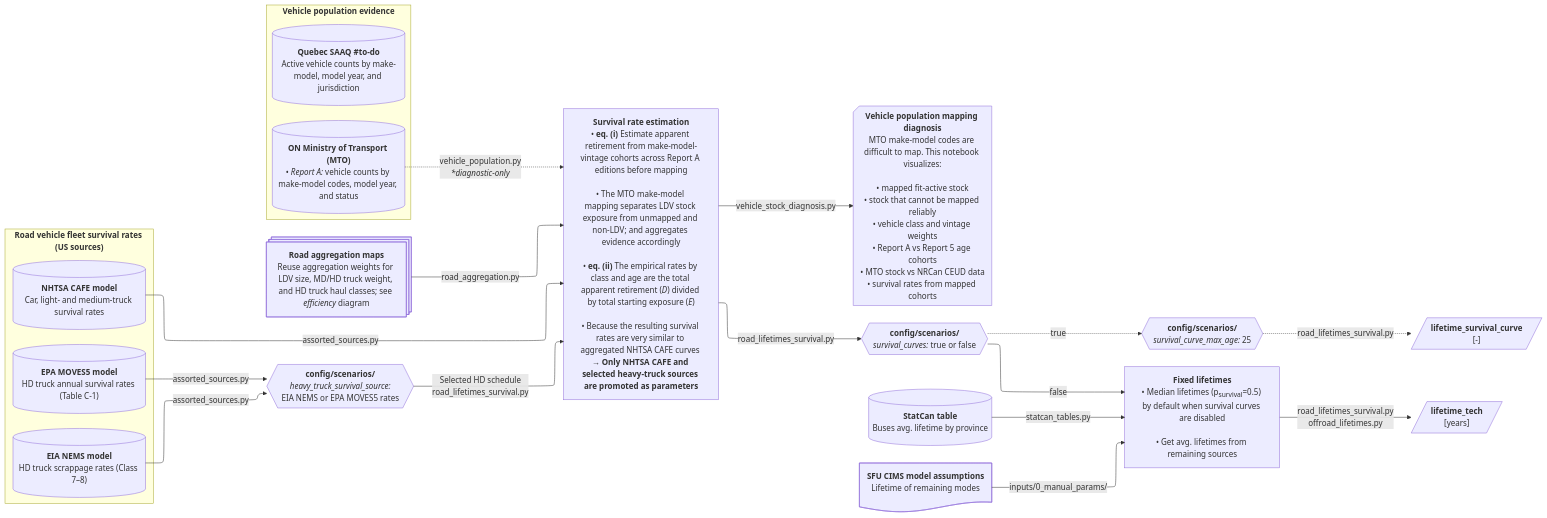
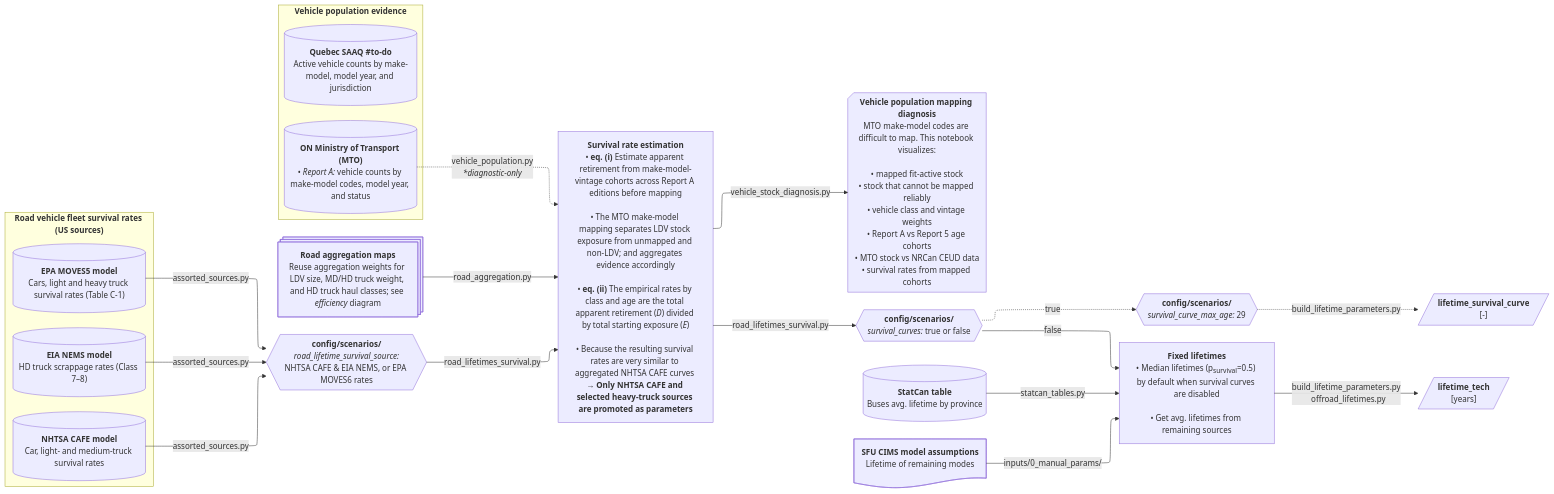
Before and after one commit to CANOE-main/canoe-transportation: the fifth of 12 diagrams in docs/etl_flowcharts.md, drawn with Mermaid. The commit also changed other lines of this file and 5 other files, not shown here.

```diff
--- a/docs/etl_flowcharts.md
+++ b/docs/etl_flowcharts.md
@@ -318,7 +316,7 @@
     s3[("`**EIA NEMS model**
       HD truck scrappage rates (Class 7–8)`")]
     s7[("`**EPA MOVES5 model**
-      HD truck annual survival rates (Table C-1)`")]
+      Cars, light and heavy truck survival rates (Table C-1)`")]
   end
 
   subgraph population["`**Vehicle population evidence**`"]
@@ -333,11 +331,20 @@
     Reuse aggregation weights for LDV size, MD/HD truck weight, and HD truck haul classes; see *efficiency* diagram"}
 
   %% ############ Processes ###########
+  p4@{shape: hex, label: "**config/scenarios/**
+    *road_lifetime_survival_source:*
+    NHTSA CAFE & EIA NEMS, or EPA MOVES6 rates"}
+  s2 & s3 & s7 -- "assorted_sources.py" --> p4
+
   p0["`**Survival rate estimation**
     • **eq. (i)** Estimate apparent retirement from make-model-vintage cohorts across Report A editions before mapping<br>
     • The MTO make-model mapping separates LDV stock exposure from unmapped and non-LDV; and aggregates evidence accordingly<br>
     • **eq. (ii)** The empirical rates by class and age are the total apparent retirement (*D*) divided by total starting exposure (*E*)<br>
     • Because the resulting survival rates are very similar to aggregated NHTSA CAFE curves → **Only NHTSA CAFE and selected heavy-truck sources are promoted as parameters**`"]
+  p4 -- "road_lifetimes_survival.py" --> p0
+  s0 -. "`vehicle_population.py
+    *\*diagnostic-only*`" .-> p0
+  s6 -- road_aggregation.py --> p0
 
   p0_2@{shape: notch-rect, label: "**Vehicle population mapping diagnosis**
     MTO make-model codes are difficult to map. This notebook visualizes:<br>
@@ -348,16 +355,6 @@
     • MTO stock vs NRCan CEUD data
     • survival rates from mapped cohorts"}
   p0 -- vehicle_stock_diagnosis.py --> p0_2
-  s2 -- "assorted_sources.py" --> p0
-  p4@{shape: hex, label: "**config/scenarios/**
-    *heavy_truck_survival_source:*
-    EIA NEMS or EPA MOVES5 rates"}
-  s3 -- "assorted_sources.py" --> p4
-  s7 -- "assorted_sources.py" --> p4
-  p4 -- "Selected HD schedule<br>road_lifetimes_survival.py" --> p0
-  s0 -. "`vehicle_population.py
-    *\*diagnostic-only*`" .-> p0
-  s6 -- road_aggregation.py --> p0
 
   p1@{shape: hex, label: "**config/scenarios/**
     *survival_curves:* true or false"}
@@ -369,7 +366,7 @@
     Lifetime of remaining modes"}
 
   p2@{shape: hex, label: "**config/scenarios/**
-    *survival_curve_max_age:* 25"}
+    *survival_curve_max_age:* 29"}
   p1 -. true .-> p2
 
   p3["`**Fixed lifetimes**
@@ -379,9 +376,9 @@
   s4 -- statcan_tables.py --> p3
   s5 -- inputs/0_manual_params/ --> p3
 
-  p2 -. "road_lifetimes_survival.py" .-> o1[/"`**lifetime_survival_curve**
+  p2 -. "build_lifetime_parameters.py" .-> o1[/"`**lifetime_survival_curve**
     [-]`"/]
-  p3 -- road_lifetimes_survival.py
+  p3 -- build_lifetime_parameters.py
   offroad_lifetimes.py --> o2[/"`**lifetime_tech**
     [years]`"/]
 
```
